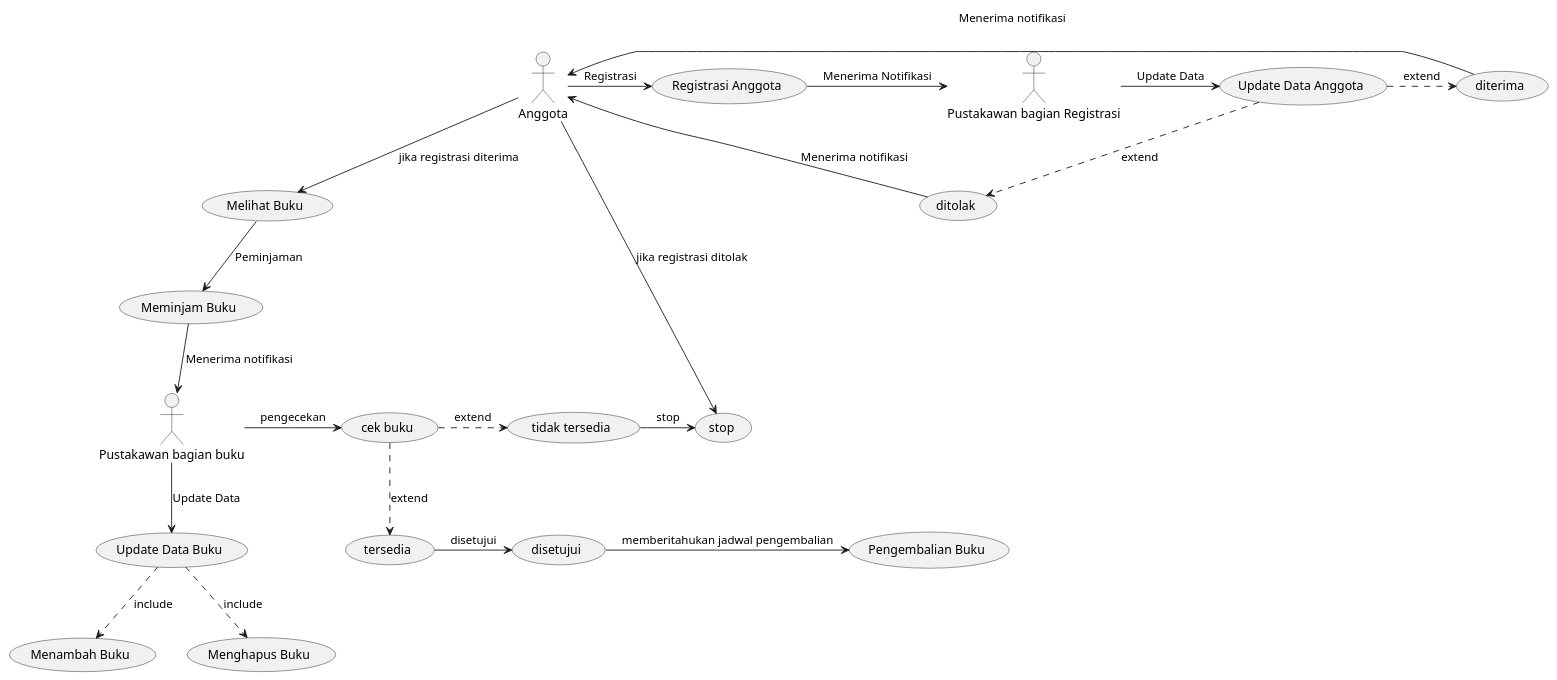
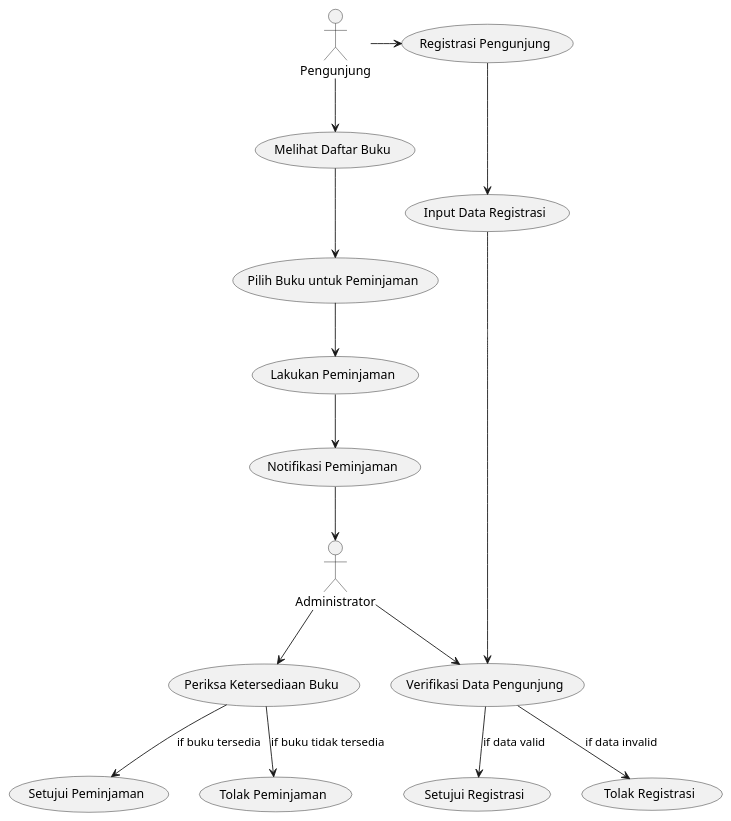
The diagram in UTS/dokumen/usecase.puml (iqbalbn03/desain-algo), drawn with PlantUML before and after one commit. The commit also changed 2 other files, not shown here.

```diff
--- a/UTS/dokumen/usecase.puml
+++ b/UTS/dokumen/usecase.puml
@@ -1,56 +1,35 @@
-@startuml usecase
+@startuml
+actor Pengunjung
+actor Administrator
 
-actor "Anggota" as A
-actor "Pustakawan bagian Registrasi" as P
-actor "Pustakawan bagian buku" as P2
+usecase "Registrasi Pengunjung" as UC_Registrasi
+usecase "Input Data Registrasi" as UC_InputData
+usecase "Verifikasi Data Pengunjung" as UC_Verifikasi
+usecase "Setujui Registrasi" as UC_SetujuiRegistrasi
+usecase "Tolak Registrasi" as UC_TolakRegistrasi
+usecase "Melihat Daftar Buku" as UC_LihatBuku
+usecase "Pilih Buku untuk Peminjaman" as UC_PilihBuku
+usecase "Lakukan Peminjaman" as UC_LakukanPeminjaman
+usecase "Notifikasi Peminjaman" as UC_NotifikasiPeminjaman
+usecase "Periksa Ketersediaan Buku" as UC_PeriksaBuku
+usecase "Setujui Peminjaman" as UC_SetujuiPeminjaman
+usecase "Tolak Peminjaman" as UC_TolakPeminjaman
 
+Pengunjung -> UC_Registrasi
+UC_Registrasi --> UC_InputData
+UC_InputData --> UC_Verifikasi
+Administrator --> UC_Verifikasi
+UC_Verifikasi --> UC_SetujuiRegistrasi : if data valid
+UC_Verifikasi --> UC_TolakRegistrasi : if data invalid
 
-usecase "Registrasi Anggota" as UC1
-usecase "Update Data Anggota" as UC2
-usecase "ditolak" as UC3
-usecase "diterima" as UC4
-usecase "Update Data Buku" as UC5
-usecase "Menambah Buku" as UC6
-usecase "Menghapus Buku" as UC7
-usecase "Pengembalian Buku" as UC8
-usecase "Meminjam Buku" as UC9
-usecase "Melihat Buku" as UC10
-usecase "stop" as UC11
-usecase "cek buku" as UC12
-usecase "tersedia" as UC13
-usecase "tidak tersedia" as UC14
-usecase "disetujui" as UC15
+Pengunjung --> UC_LihatBuku
+UC_LihatBuku --> UC_PilihBuku
+UC_PilihBuku --> UC_LakukanPeminjaman
+UC_LakukanPeminjaman --> UC_NotifikasiPeminjaman
+UC_NotifikasiPeminjaman --> Administrator
 
-A -> UC1 : Registrasi
-UC1 -> P : Menerima Notifikasi
-P -> UC2 : Update Data
-UC2 .> UC3 : extend
-UC2 .> UC4 : extend
-UC3 --> A : Menerima notifikasi
-UC4 -> A : Menerima notifikasi
-A --> UC11 : jika registrasi ditolak
-A --> UC10 : jika registrasi diterima
-UC10 --> UC9 : Peminjaman
-UC9 --> P2 : Menerima notifikasi
-
-P2 -> UC12 : pengecekan
-UC12 .> UC14 : extend
-UC14 -> UC11 : stop
-UC12 ..> UC13 : extend
-UC13 -> UC15 : disetujui
-UC15 -> UC8 : memberitahukan jadwal pengembalian
-
-P2 --> UC5 : Update Data
-UC5 ..> UC6 : include
-UC5 ..> UC7 : include
-
-
-
-
-
-
-
-
-
+Administrator --> UC_PeriksaBuku
+UC_PeriksaBuku --> UC_SetujuiPeminjaman : if buku tersedia
+UC_PeriksaBuku --> UC_TolakPeminjaman : if buku tidak tersedia
 
 @enduml
```
